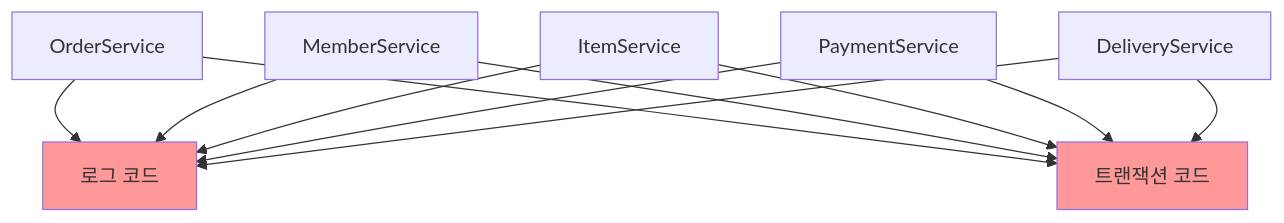
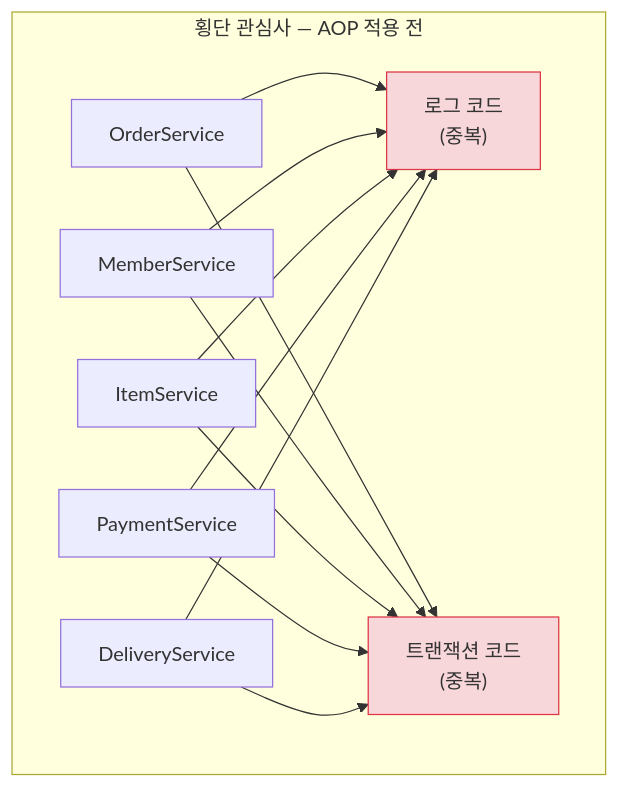
Before and after one commit to yjkim2015/yjkim2015.github.io: the first of 13 diagrams in _posts/spring/2026-05-02-spring-core-advanced.md, drawn with Mermaid. The commit also changed other lines of this file and 32 other files, not shown here.

````diff
--- a/_posts/spring/2026-05-02-spring-core-advanced.md
+++ b/_posts/spring/2026-05-02-spring-core-advanced.md
@@ -52,17 +52,18 @@
 ```mermaid
 graph TD
-    A[OrderService] --> G[로그 코드]
-    B[MemberService] --> G
-    C[ItemService] --> G
-    D[PaymentService] --> G
-    E[DeliveryService] --> G
+    subgraph "횡단 관심사 — AOP 적용 전"
+        A["OrderService"] --> G["로그 코드\n(중복)"]
+        B["MemberService"] --> G
+        C["ItemService"] --> G
+        D["PaymentService"] --> G
+        E["DeliveryService"] --> G
+        A --> H["트랜잭션 코드\n(중복)"]
+        B --> H
+        C --> H
+        D --> H
+        E --> H
+    end
 
-    A --> H[트랜잭션 코드]
-    B --> H
-    C --> H
-    D --> H
-    E --> H
-
-    style G fill:#ff9999
-    style H fill:#ff9999
+    classDef red fill:#f8d7da,stroke:#dc3545
+    class G,H red
 ```
````
